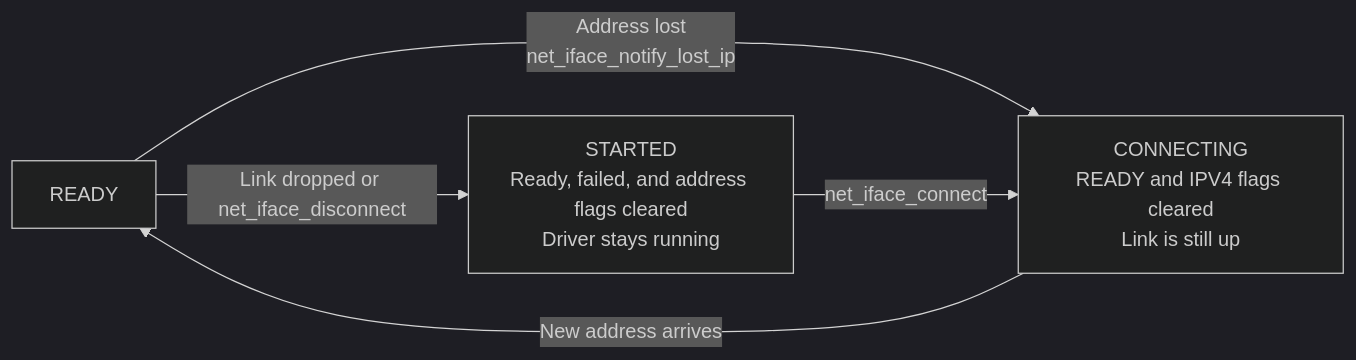
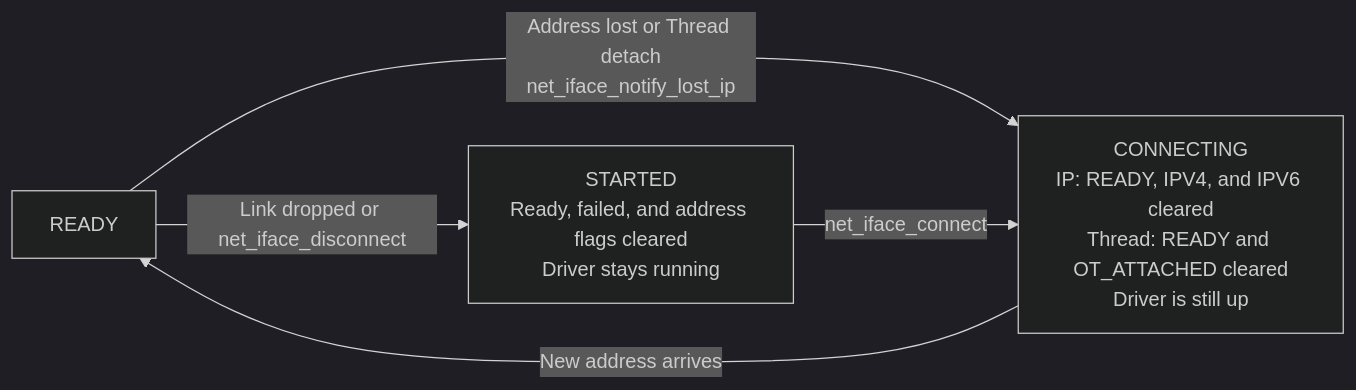
One commit to espressif/esp-protocols changed the fifth of 7 diagrams in components/net_connect/docs/GENERIC_INTERFACE_FLOW.md. Above: the diagram before and after it, drawn with Mermaid (dark theme). The commit also changed other lines of this file and 13 other files, not shown here.

First line of the commit message:
fix(net_connect): Drop readiness on address loss and wake wait on STARTED

````diff
--- a/components/net_connect/docs/GENERIC_INTERFACE_FLOW.md
+++ b/components/net_connect/docs/GENERIC_INTERFACE_FLOW.md
@@ -252,8 +252,8 @@
 ```mermaid
 flowchart LR
-    READY[READY] -->|Address lost<br/>net_iface_notify_lost_ip| CONNECTING["CONNECTING<br/>READY and IPV4 flags cleared<br/>Link is still up"]
+    READY[READY] -->|Address lost or Thread detach<br/>net_iface_notify_lost_ip| CONNECTING["CONNECTING<br/>IP: READY, IPV4, and IPV6 cleared<br/>Thread: READY and OT_ATTACHED cleared<br/>Driver is still up"]
     CONNECTING -->|New address arrives| READY
 
     READY -->|Link dropped or net_iface_disconnect| STARTED["STARTED<br/>Ready, failed, and address flags cleared<br/>Driver stays running"]
     STARTED -->|net_iface_connect| CONNECTING
 ```
````
